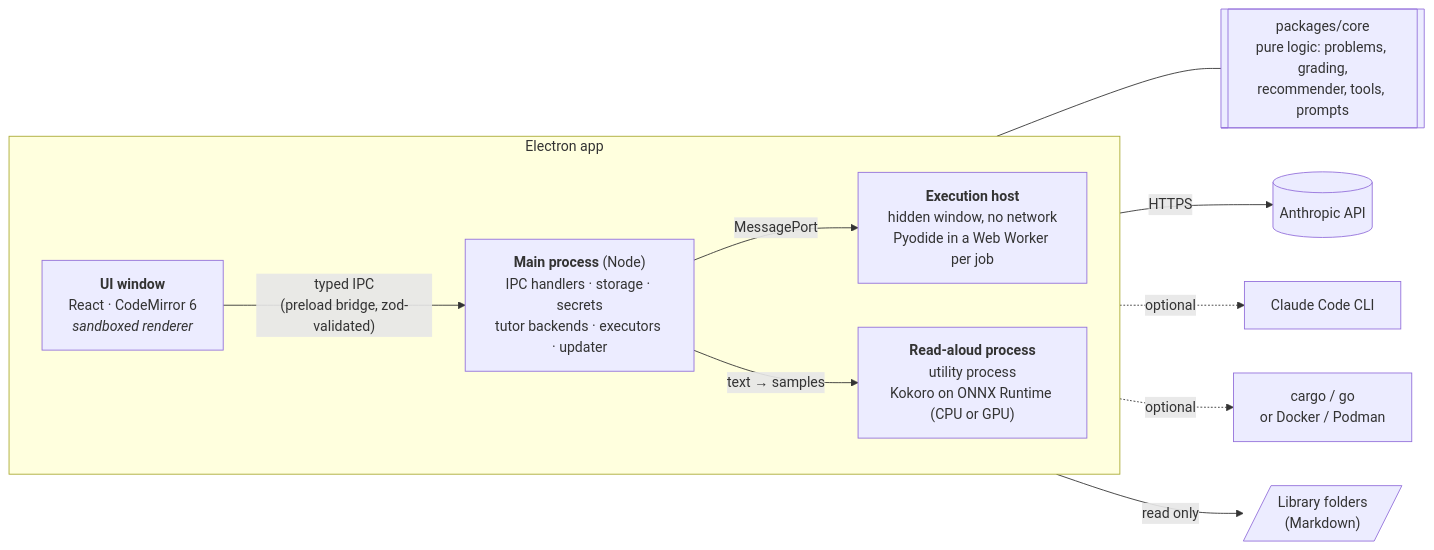
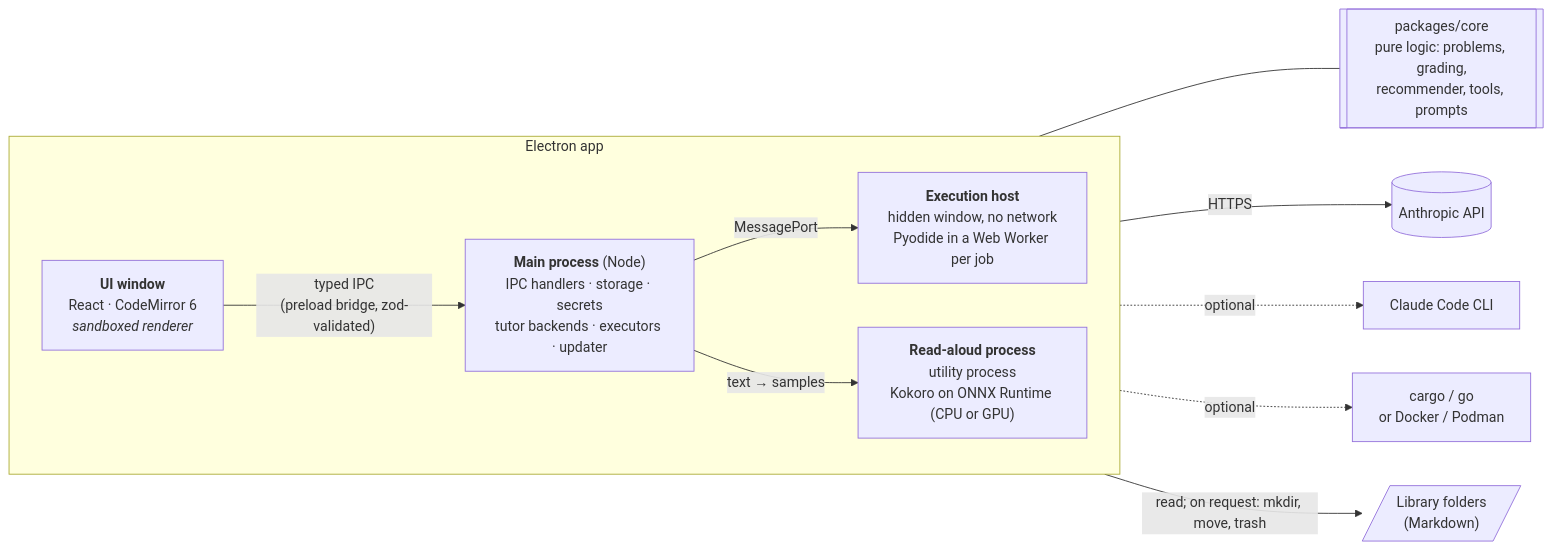
One commit to hqazi/algo changed the first of 2 diagrams in docs/architecture.md. Above: the diagram before and after it, drawn with Mermaid. The commit also changed 37 other files, not shown here.

First line of the commit message:
T42: new folder, move and delete in the Library tree

````diff
--- a/docs/architecture.md
+++ b/docs/architecture.md
@@ -9,19 +9,19 @@
 ```mermaid
 flowchart LR
   subgraph app["Electron app"]
     direction LR
     UI["<b>UI window</b><br/>React · CodeMirror 6<br/><i>sandboxed renderer</i>"]
     Main["<b>Main process</b> (Node)<br/>IPC handlers · storage · secrets<br/>tutor backends · executors · updater"]
     Host["<b>Execution host</b><br/>hidden window, no network<br/>Pyodide in a Web Worker per job"]
     Voice["<b>Read-aloud process</b><br/>utility process<br/>Kokoro on ONNX Runtime (CPU or GPU)"]
     UI -- "typed IPC<br/>(preload bridge, zod-validated)" --> Main
     Main -- "MessagePort" --> Host
     Main -- "text → samples" --> Voice
   end
   Core[["packages/core<br/>pure logic: problems, grading,<br/>recommender, tools, prompts"]]
   Main --- Core
   Main -- "HTTPS" --> API[(Anthropic API)]
   Main -. "optional" .-> CC["Claude Code CLI"]
   Main -. "optional" .-> Tool["cargo / go<br/>or Docker / Podman"]
-  Main -- "read only" --> Vault[/"Library folders<br/>(Markdown)"/]
+  Main -- "read; on request: mkdir, move, trash" --> Vault[/"Library folders<br/>(Markdown)"/]
 ```
````
